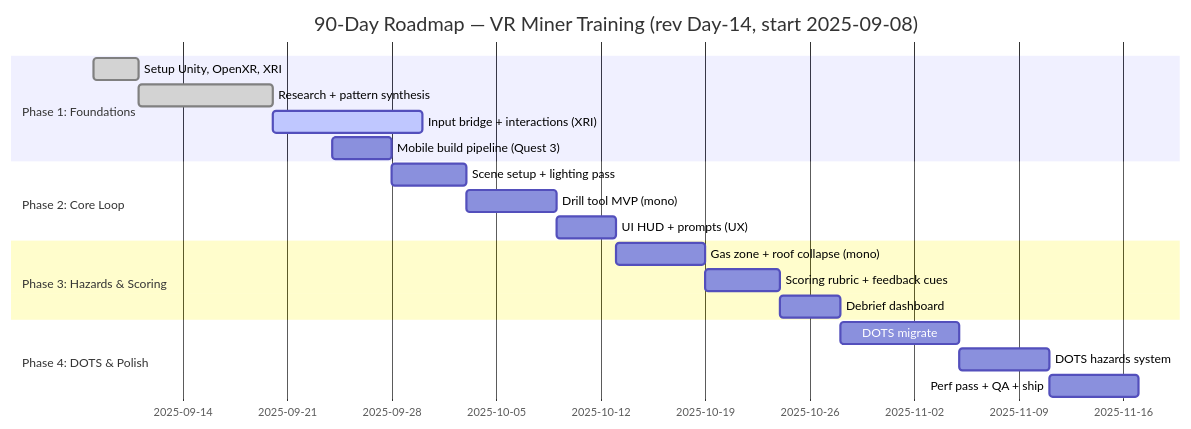
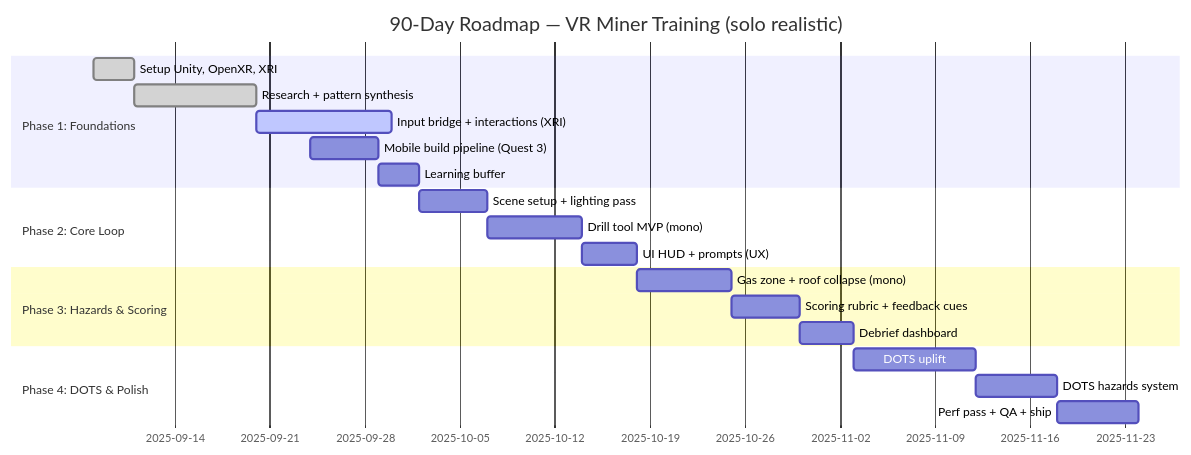
Before and after one commit to thatGuyPdeep/quartz: the first of 2 diagrams in docs/90_Roadmap_Updates/90_Day_VR_Miner_Roadmap.md, drawn with Mermaid. The commit also changed other lines of this file and 8 other files, not shown here.

Commit message:
docs(roadmap): solo-realistic updates + Week 3 Gantt; add research synthesis and feature spec; rebuild site

````diff
--- a/docs/90_Roadmap_Updates/90_Day_VR_Miner_Roadmap.md
+++ b/docs/90_Roadmap_Updates/90_Day_VR_Miner_Roadmap.md
@@ -44,22 +44,23 @@
 ```mermaid
 gantt
   dateFormat  YYYY-MM-DD
-  title 90-Day Roadmap — VR Miner Training (rev Day-14, start 2025-09-08)
+  title 90-Day Roadmap — VR Miner Training (solo realistic)
   section Phase 1: Foundations
   Setup Unity, OpenXR, XRI                 :done,    p1a, 2025-09-08, 3d
   Research + pattern synthesis             :done,    p1b, 2025-09-11, 9d
   Input bridge + interactions (XRI)        :active,  p1c, 2025-09-20, 10d
-  Mobile build pipeline (Quest 3)          :         p1d, 2025-09-24, 4d
+  Mobile build pipeline (Quest 3)          :         p1d, 2025-09-24, 5d
+  Learning buffer                          :         p1e, 2025-09-29, 3d
   section Phase 2: Core Loop
-  Scene setup + lighting pass              :         p2a, 2025-09-28, 5d
-  Drill tool MVP (mono)                    :         p2b, 2025-10-03, 6d
-  UI HUD + prompts (UX)                    :         p2c, 2025-10-09, 4d
+  Scene setup + lighting pass              :         p2a, 2025-10-02, 5d
+  Drill tool MVP (mono)                    :         p2b, 2025-10-07, 7d
+  UI HUD + prompts (UX)                    :         p2c, 2025-10-14, 4d
   section Phase 3: Hazards & Scoring
-  Gas zone + roof collapse (mono)          :         p3a, 2025-10-13, 6d
-  Scoring rubric + feedback cues           :         p3b, 2025-10-19, 5d
-  Debrief dashboard                        :         p3c, 2025-10-24, 4d
+  Gas zone + roof collapse (mono)          :         p3a, 2025-10-18, 7d
+  Scoring rubric + feedback cues           :         p3b, 2025-10-25, 5d
+  Debrief dashboard                        :         p3c, 2025-10-30, 4d
   section Phase 4: DOTS & Polish
-  DOTS migrate: drill + spawner            :         p4a, 2025-10-28, 8d
-  DOTS hazards system                      :         p4b, 2025-11-05, 6d
-  Perf pass + QA + ship                    :         p4c, 2025-11-11, 6d
+  DOTS uplift: spawners + scoring          :         p4a, 2025-11-03, 9d
+  DOTS hazards system                      :         p4b, 2025-11-12, 6d
+  Perf pass + QA + ship                    :         p4c, 2025-11-18, 6d
 ```
````
